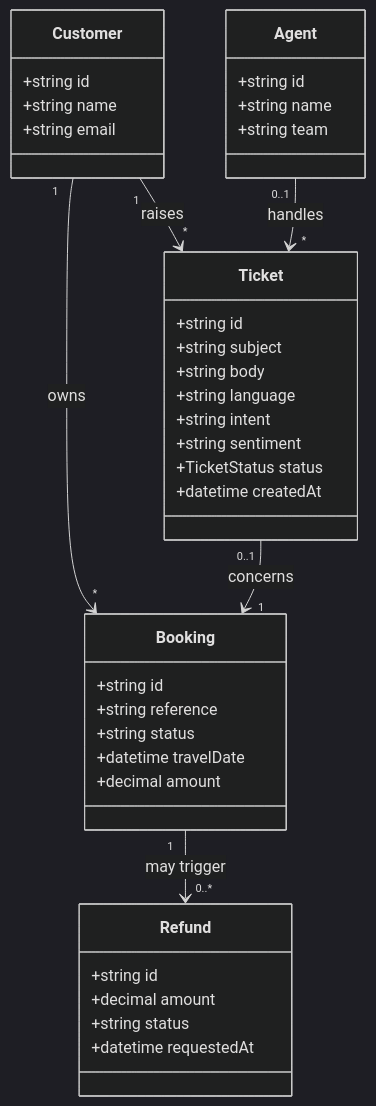
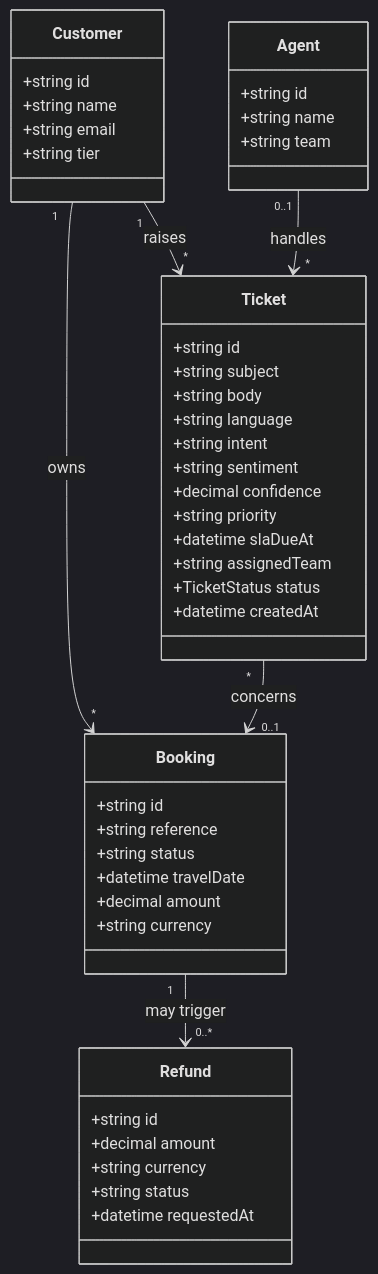
The first of 2 diagrams in docs/design/domain-model.md (DigitLock/camunda-support-automation), drawn with Mermaid (dark theme) before and after one commit. The commit also changed other lines of this file and 15 other files, not shown here.

````diff
--- a/docs/design/domain-model.md
+++ b/docs/design/domain-model.md
@@ -7,42 +7,49 @@
 ```mermaid
 classDiagram
     class Ticket {
         +string id
         +string subject
         +string body
         +string language
         +string intent
         +string sentiment
+        +decimal confidence
+        +string priority
+        +datetime slaDueAt
+        +string assignedTeam
         +TicketStatus status
         +datetime createdAt
     }
     class Customer {
         +string id
         +string name
         +string email
+        +string tier
     }
     class Booking {
         +string id
         +string reference
         +string status
         +datetime travelDate
         +decimal amount
+        +string currency
     }
     class Refund {
         +string id
         +decimal amount
+        +string currency
         +string status
         +datetime requestedAt
     }
     class Agent {
         +string id
         +string name
         +string team
     }
 
     Customer "1" --> "*" Ticket : raises
     Customer "1" --> "*" Booking : owns
-    Ticket "0..1" --> "1" Booking : concerns
+    Ticket "*" --> "0..1" Booking : concerns
     Booking "1" --> "0..*" Refund : may trigger
     Agent "0..1" --> "*" Ticket : handles
 ```
````
